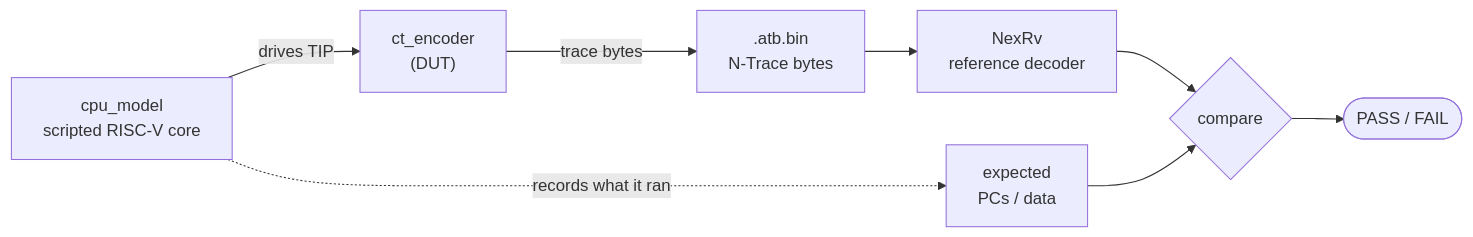
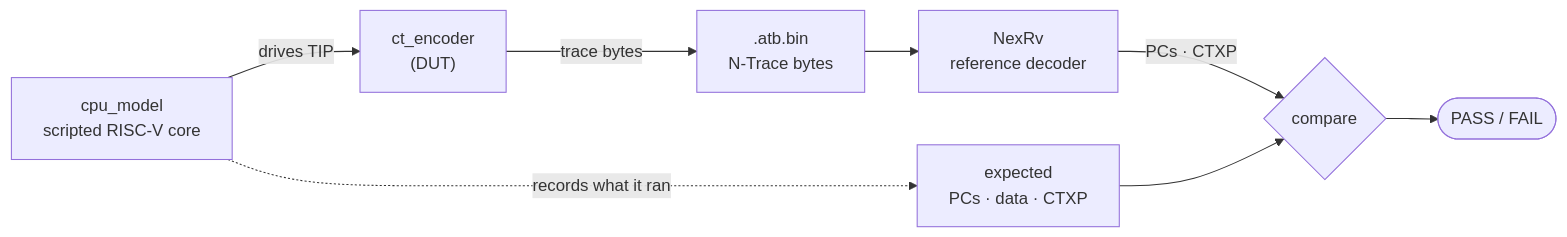
The diagram in doc/verification.md (accemic/TraceEncoder), drawn with Mermaid before and after one commit. The commit also changed other lines of this file and 8 other files, not shown here.

````diff
--- a/doc/verification.md
+++ b/doc/verification.md
@@ -15,14 +15,14 @@
 ```mermaid
 flowchart LR
     CPU["cpu_model<br/>scripted RISC-V core"]
     DUT["ct_encoder<br/>(DUT)"]
     BIN[".atb.bin<br/>N-Trace bytes"]
     NEXRV["NexRv<br/>reference decoder"]
-    REF["expected<br/>PCs / data"]
+    REF["expected<br/>PCs · data · CTXP"]
     CHK{"compare"}
     RES(["PASS / FAIL"])
 
-    CPU -->|drives TIP| DUT -->|trace bytes| BIN --> NEXRV --> CHK
+    CPU -->|drives TIP| DUT -->|trace bytes| BIN --> NEXRV -->|PCs · CTXP| CHK
     CPU -.->|records what it ran| REF --> CHK
     CHK --> RES
 ```
````
